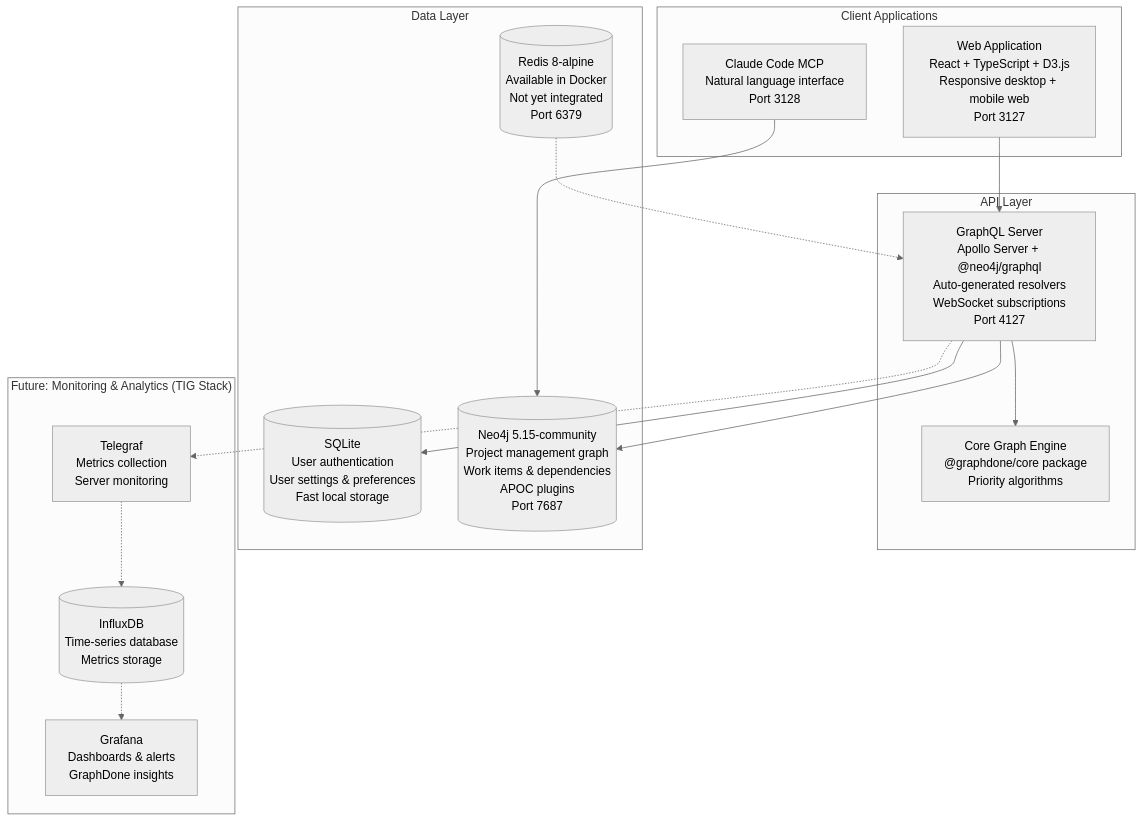
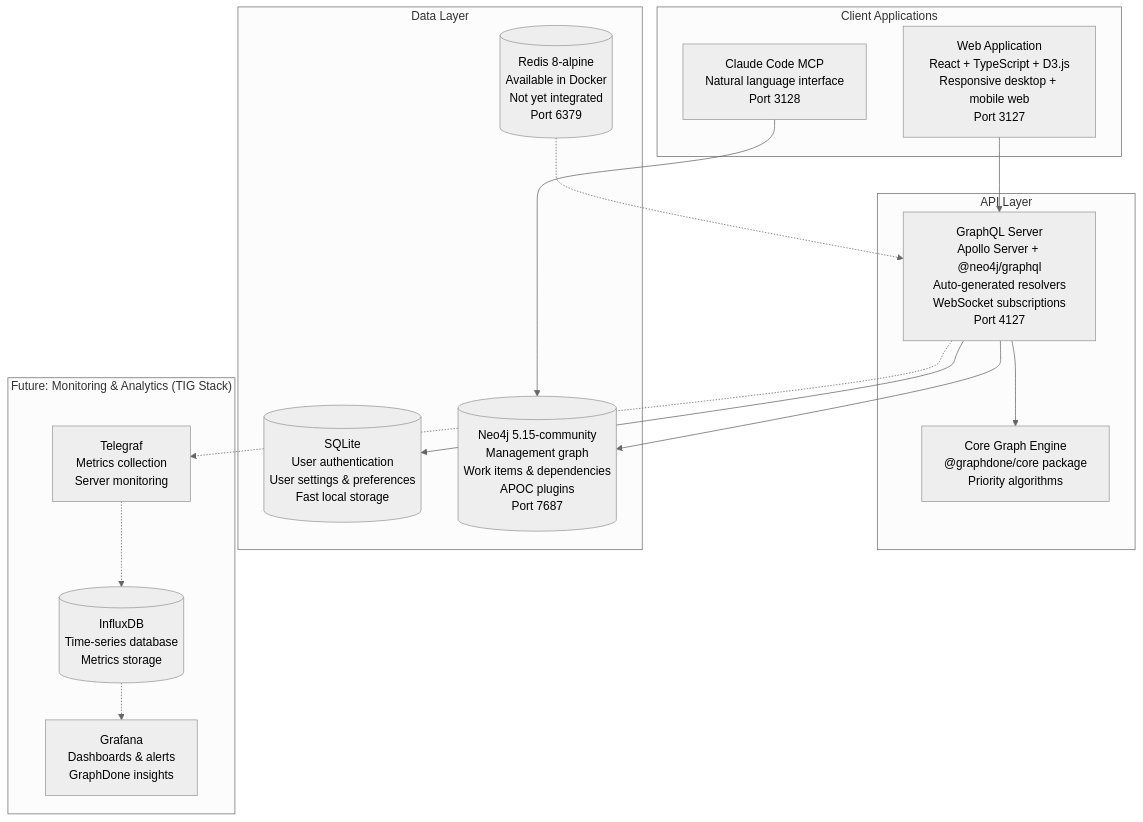
The first of 8 diagrams in docs/guides/architecture-overview.md (GraphDone/GraphDone-Core), drawn with Mermaid (neutral theme) before and after one commit. The commit also changed other lines of this file and 16 other files, not shown here.

First line of the commit message:
chore(brand): "management", not "project management" (#98)

````diff
--- a/docs/guides/architecture-overview.md
+++ b/docs/guides/architecture-overview.md
@@ -18,35 +18,35 @@
 ```mermaid
 graph TB
     subgraph "Client Applications"
         WEB[Web Application<br/>React + TypeScript + D3.js<br/>Responsive desktop + mobile web<br/>Port 3127]
         CLAUDE[Claude Code MCP<br/>Natural language interface<br/>Port 3128]
     end
     
     subgraph "API Layer"
         GQL[GraphQL Server<br/>Apollo Server + @neo4j/graphql<br/>Auto-generated resolvers<br/>WebSocket subscriptions<br/>Port 4127]
         CORE[Core Graph Engine<br/>@graphdone/core package<br/>Priority algorithms]
     end
     
     subgraph "Data Layer"
         SQLITE[(SQLite<br/>User authentication<br/>User settings & preferences<br/>Fast local storage)]
-        NEO4J[(Neo4j 5.15-community<br/>Project management graph<br/>Work items & dependencies<br/>APOC plugins<br/>Port 7687)]
+        NEO4J[(Neo4j 5.15-community<br/>Management graph<br/>Work items & dependencies<br/>APOC plugins<br/>Port 7687)]
         REDIS[(Redis 8-alpine<br/>Available in Docker<br/>Not yet integrated<br/>Port 6379)]
     end
     
     subgraph "Future: Monitoring & Analytics (TIG Stack)"
         TELEGRAF[Telegraf<br/>Metrics collection<br/>Server monitoring]
         INFLUXDB[(InfluxDB<br/>Time-series database<br/>Metrics storage)]  
         GRAFANA[Grafana<br/>Dashboards & alerts<br/>GraphDone insights]
     end
     
     WEB --> GQL
     CLAUDE --> NEO4J
     GQL --> SQLITE
     GQL --> NEO4J
     GQL --> CORE
     REDIS -.-> GQL
     
     GQL -.-> TELEGRAF
     TELEGRAF -.-> INFLUXDB
     INFLUXDB -.-> GRAFANA
 ```
````
